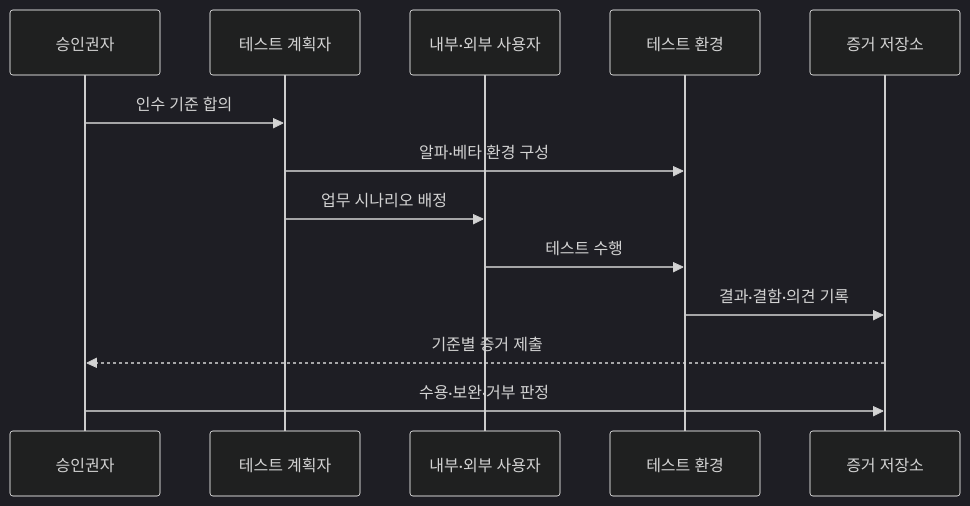
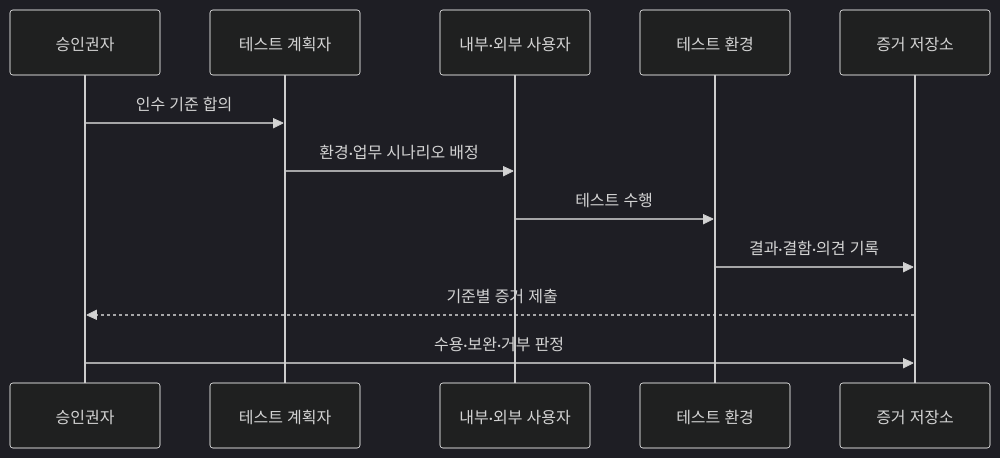
Before and after one commit to agnusdei1207/knowledge-base: the second of 2 diagrams in src/content/docs/notes/03-software/062_alpha_beta_acceptance_testing.md, drawn with Mermaid (dark theme). The commit also changed other lines of this file and 13 other files, not shown here.

````diff
--- a/src/content/docs/notes/03-software/062_alpha_beta_acceptance_testing.md
+++ b/src/content/docs/notes/03-software/062_alpha_beta_acceptance_testing.md
@@ -81,15 +81,14 @@
 ```mermaid
 sequenceDiagram
     participant A as 승인권자
     participant P as 테스트 계획자
     participant U as 내부·외부 사용자
     participant E as 테스트 환경
     participant R as 증거 저장소
     A->>P: 인수 기준 합의
-    P->>E: 알파·베타 환경 구성
-    P->>U: 업무 시나리오 배정
+    P->>U: 환경·업무 시나리오 배정
     U->>E: 테스트 수행
     E->>R: 결과·결함·의견 기록
     R-->>A: 기준별 증거 제출
     A->>R: 수용·보완·거부 판정
 ```
````
